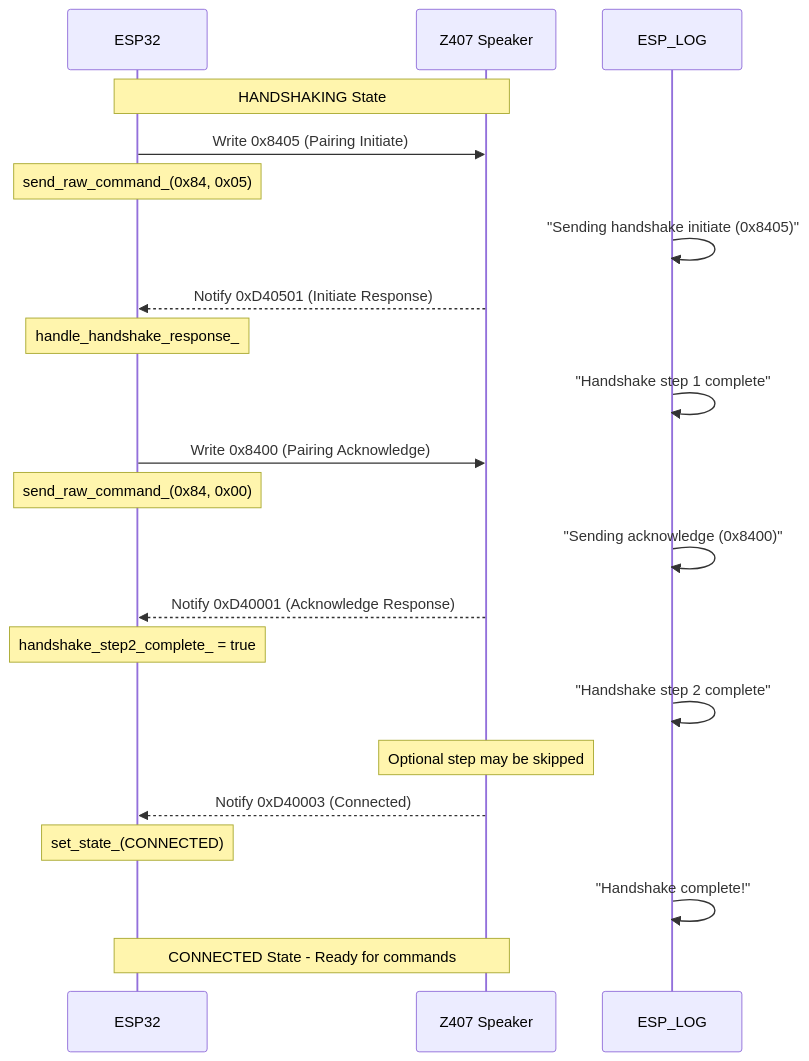
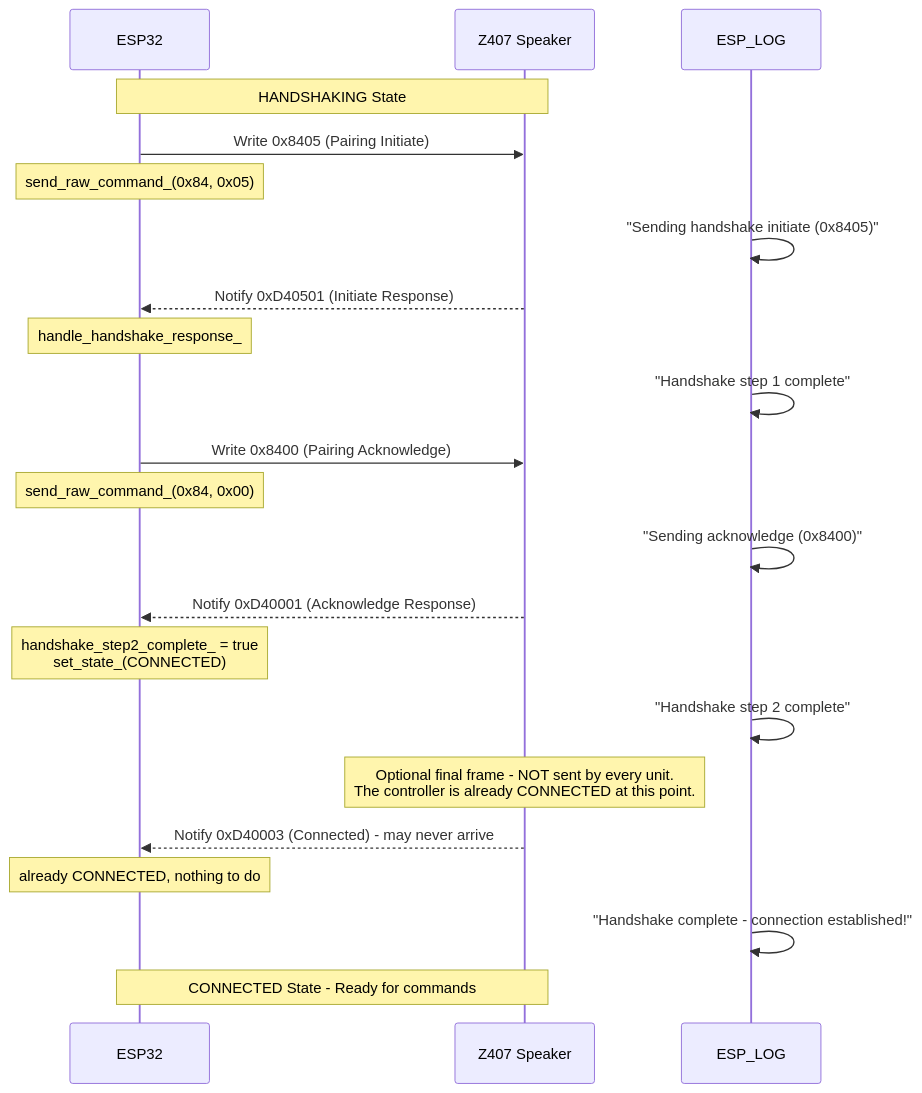
One commit to stratus-ss/logitech407-esphome changed the seventh of 26 diagrams in CODEFLOW.md. Above: the diagram before and after it, drawn with Mermaid. The commit also changed other lines of this file, not shown here.

Commit message:
CODEFLOW: document that 0xD40001 completes the handshake and that timeouts retry

````diff
--- a/CODEFLOW.md
+++ b/CODEFLOW.md
@@ -249,29 +249,29 @@
 ```mermaid
 sequenceDiagram
     participant ESP as ESP32
     participant Z407 as Z407 Speaker
     participant LOG as ESP_LOG
     
     Note over ESP,Z407: HANDSHAKING State
     ESP->>Z407: Write 0x8405 (Pairing Initiate)
     Note over ESP: send_raw_command_(0x84, 0x05)
     LOG->>LOG: "Sending handshake initiate (0x8405)"
     
     Z407-->>ESP: Notify 0xD40501 (Initiate Response)
     Note over ESP: handle_handshake_response_
     LOG->>LOG: "Handshake step 1 complete"
     ESP->>Z407: Write 0x8400 (Pairing Acknowledge)
     Note over ESP: send_raw_command_(0x84, 0x00)
     LOG->>LOG: "Sending acknowledge (0x8400)"
     
     Z407-->>ESP: Notify 0xD40001 (Acknowledge Response)
-    Note over ESP: handshake_step2_complete_ = true
+    Note over ESP: handshake_step2_complete_ = true<br/>set_state_(CONNECTED)
     LOG->>LOG: "Handshake step 2 complete"
     
-    Note over Z407: Optional step may be skipped
-    Z407-->>ESP: Notify 0xD40003 (Connected)
-    Note over ESP: set_state_(CONNECTED)
-    LOG->>LOG: "Handshake complete!"
+    Note over Z407: Optional final frame - NOT sent by every unit.<br/>The controller is already CONNECTED at this point.
+    Z407-->>ESP: Notify 0xD40003 (Connected) - may never arrive
+    Note over ESP: already CONNECTED, nothing to do
+    LOG->>LOG: "Handshake complete - connection established!"
     
     Note over ESP,Z407: CONNECTED State - Ready for commands
 ```
````
